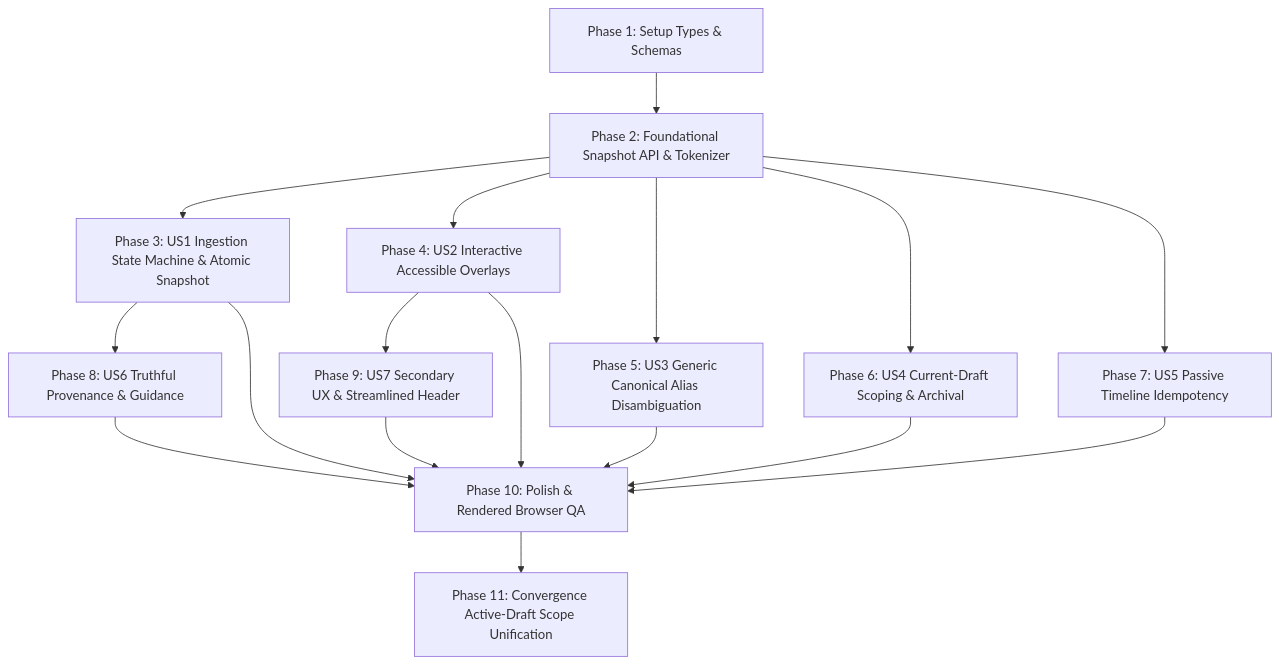
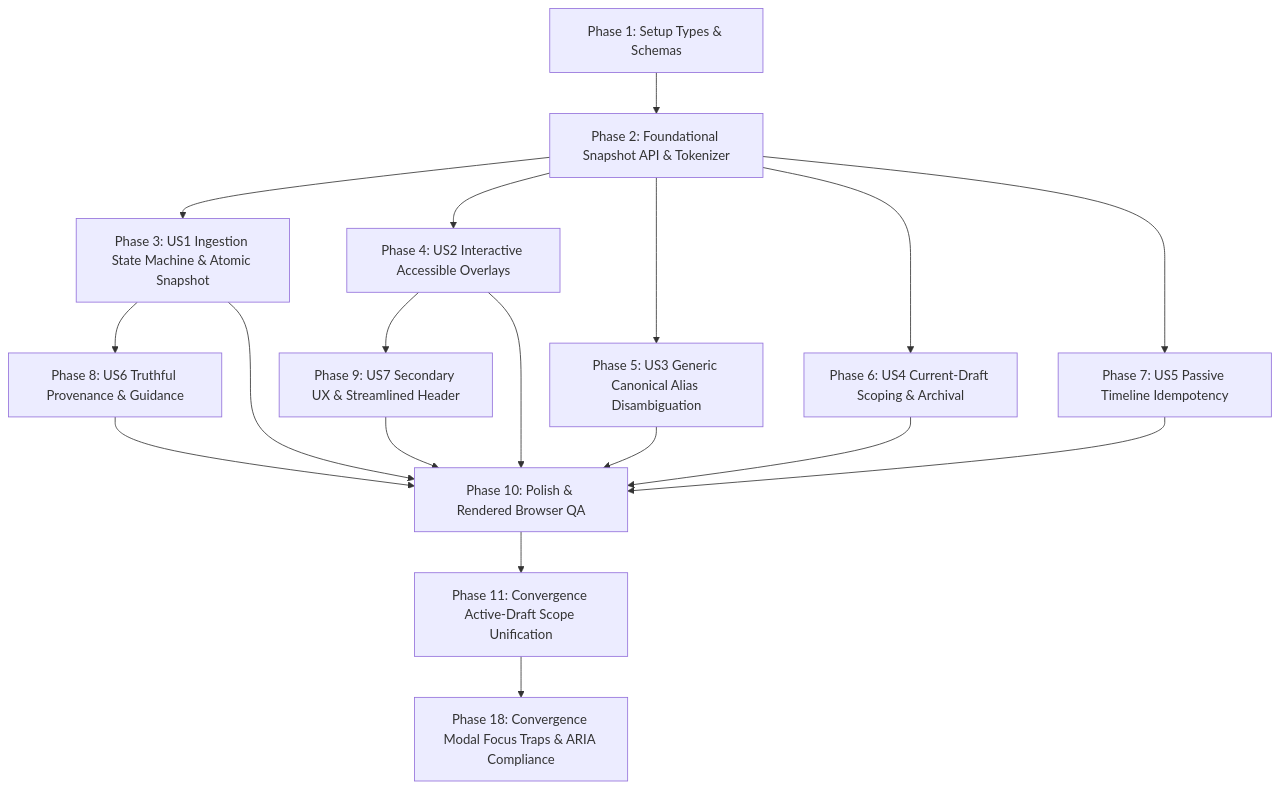
The diagram in specs/021-release-state-integrity/tasks.md (fmcgoohan/clearancescout), drawn with Mermaid before and after one commit. The commit also changed other lines of this file and 1 other file, not shown here.

Commit message:
docs(tasks): add Phase 18 Convergence tasks T087-T090 for modal focus traps and a11y compliance

````diff
--- a/specs/021-release-state-integrity/tasks.md
+++ b/specs/021-release-state-integrity/tasks.md
@@ -252,13 +263,14 @@
 ```mermaid
 graph TD
     P1[Phase 1: Setup Types & Schemas] --> P2[Phase 2: Foundational Snapshot API & Tokenizer]
     P2 --> P3[Phase 3: US1 Ingestion State Machine & Atomic Snapshot]
     P2 --> P4[Phase 4: US2 Interactive Accessible Overlays]
     P2 --> P5[Phase 5: US3 Generic Canonical Alias Disambiguation]
     P2 --> P6[Phase 6: US4 Current-Draft Scoping & Archival]
     P2 --> P7[Phase 7: US5 Passive Timeline Idempotency]
     P3 --> P8[Phase 8: US6 Truthful Provenance & Guidance]
     P4 --> P9[Phase 9: US7 Secondary UX & Streamlined Header]
     P3 & P4 & P5 & P6 & P7 & P8 & P9 --> P10[Phase 10: Polish & Rendered Browser QA]
     P10 --> P11[Phase 11: Convergence Active-Draft Scope Unification]
+    P11 --> P18[Phase 18: Convergence Modal Focus Traps & ARIA Compliance]
 ```
````
